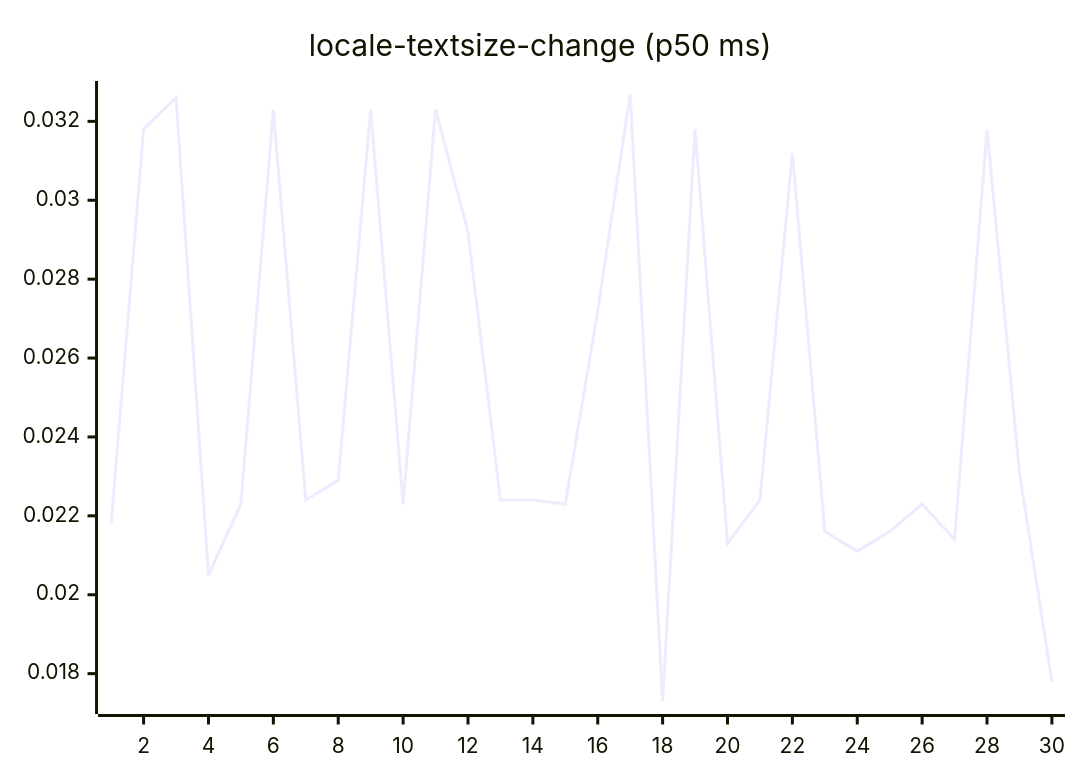
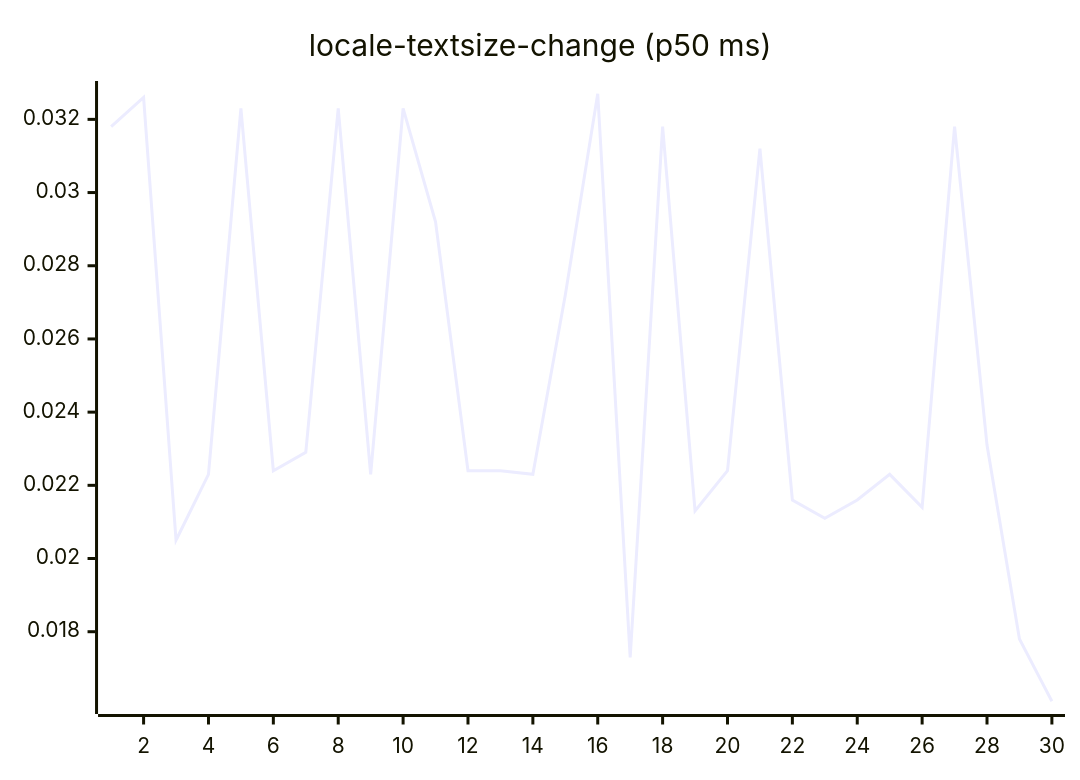
Before and after one commit to josha/Facet: diagram 13 of 27 in README.md, drawn with Mermaid. The commit also changed other lines of this file and 2 other files, not shown here.

````diff
--- a/README.md
+++ b/README.md
@@ -147,6 +147,6 @@
 ```mermaid
 xychart-beta
     title "locale-textsize-change (p50 ms)"
     x-axis 1 --> 30
-    line [0.0218, 0.0318, 0.0326, 0.0205, 0.0223, 0.0323, 0.0224, 0.0229, 0.0323, 0.0223, 0.0323, 0.0292, 0.0224, 0.0224, 0.0223, 0.0272, 0.0327, 0.0173, 0.0318, 0.0213, 0.0224, 0.0312, 0.0216, 0.0211, 0.0216, 0.0223, 0.0214, 0.0318, 0.0231, 0.0178]
+    line [0.0318, 0.0326, 0.0205, 0.0223, 0.0323, 0.0224, 0.0229, 0.0323, 0.0223, 0.0323, 0.0292, 0.0224, 0.0224, 0.0223, 0.0272, 0.0327, 0.0173, 0.0318, 0.0213, 0.0224, 0.0312, 0.0216, 0.0211, 0.0216, 0.0223, 0.0214, 0.0318, 0.0231, 0.0178, 0.0161]
 ```
````
